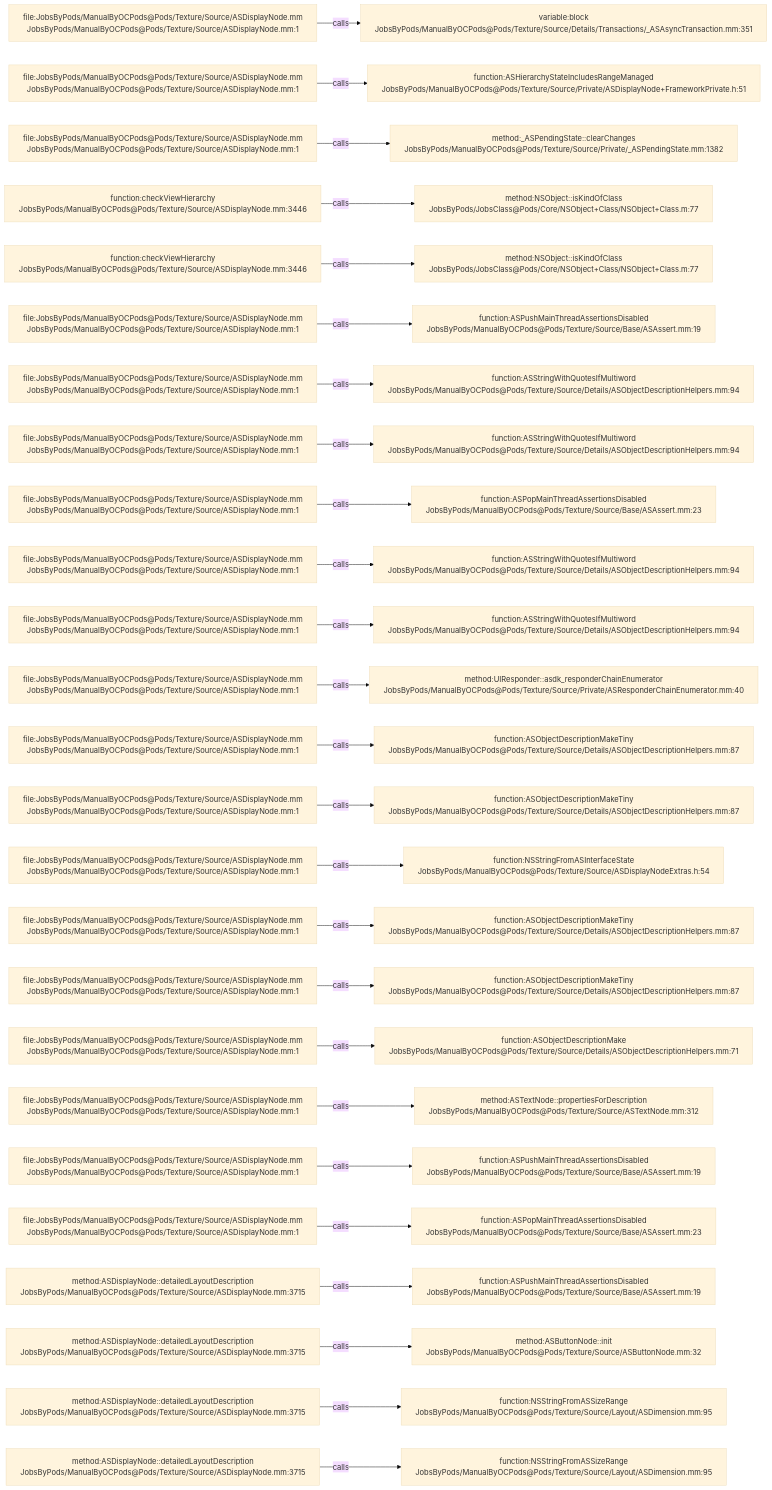
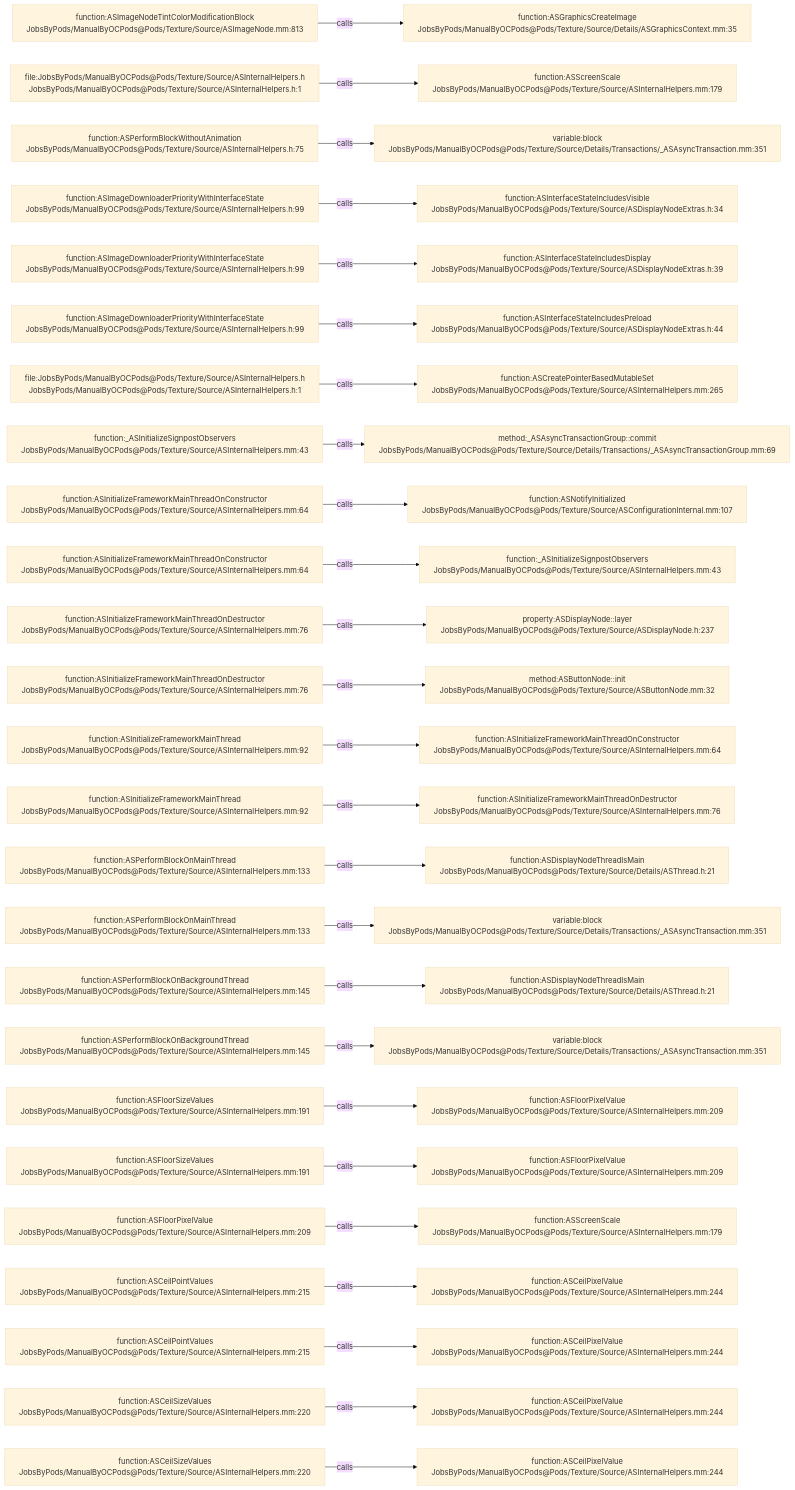
One commit to JobsKits/JobsOCBaseConfigDemo changed the diagram in .codegraph/codegraph.md/graphs/calls-096.md. Above: the diagram before and after it, drawn with Mermaid (base theme). The commit also changed 2723 other files, not shown here.

````diff
--- a/.codegraph/codegraph.md/graphs/calls-096.md
+++ b/.codegraph/codegraph.md/graphs/calls-096.md
@@ -13,78 +13,78 @@
 ```mermaid
 flowchart LR
-  S1["file:JobsByPods/ManualByOCPods@Pods/Texture/Source/ASDisplayNode.mm<br/>JobsByPods/ManualByOCPods@Pods/Texture/Source/ASDisplayNode.mm:1"]
-  T1["variable:block<br/>JobsByPods/ManualByOCPods@Pods/Texture/Source/Details/Transactions/_ASAsyncTransaction.mm:351"]
+  S1["function:ASImageNodeTintColorModificationBlock<br/>JobsByPods/ManualByOCPods@Pods/Texture/Source/ASImageNode.mm:813"]
+  T1["function:ASGraphicsCreateImage<br/>JobsByPods/ManualByOCPods@Pods/Texture/Source/Details/ASGraphicsContext.mm:35"]
   S1 -->|calls| T1
-  S2["file:JobsByPods/ManualByOCPods@Pods/Texture/Source/ASDisplayNode.mm<br/>JobsByPods/ManualByOCPods@Pods/Texture/Source/ASDisplayNode.mm:1"]
-  T2["function:ASHierarchyStateIncludesRangeManaged<br/>JobsByPods/ManualByOCPods@Pods/Texture/Source/Private/ASDisplayNode+FrameworkPrivate.h:51"]
+  S2["file:JobsByPods/ManualByOCPods@Pods/Texture/Source/ASInternalHelpers.h<br/>JobsByPods/ManualByOCPods@Pods/Texture/Source/ASInternalHelpers.h:1"]
+  T2["function:ASScreenScale<br/>JobsByPods/ManualByOCPods@Pods/Texture/Source/ASInternalHelpers.mm:179"]
   S2 -->|calls| T2
-  S3["file:JobsByPods/ManualByOCPods@Pods/Texture/Source/ASDisplayNode.mm<br/>JobsByPods/ManualByOCPods@Pods/Texture/Source/ASDisplayNode.mm:1"]
-  T3["method:_ASPendingState::clearChanges<br/>JobsByPods/ManualByOCPods@Pods/Texture/Source/Private/_ASPendingState.mm:1382"]
+  S3["function:ASPerformBlockWithoutAnimation<br/>JobsByPods/ManualByOCPods@Pods/Texture/Source/ASInternalHelpers.h:75"]
+  T3["variable:block<br/>JobsByPods/ManualByOCPods@Pods/Texture/Source/Details/Transactions/_ASAsyncTransaction.mm:351"]
   S3 -->|calls| T3
-  S4["function:checkViewHierarchy<br/>JobsByPods/ManualByOCPods@Pods/Texture/Source/ASDisplayNode.mm:3446"]
-  T4["method:NSObject::isKindOfClass<br/>JobsByPods/JobsClass@Pods/Core/NSObject+Class/NSObject+Class.m:77"]
+  S4["function:ASImageDownloaderPriorityWithInterfaceState<br/>JobsByPods/ManualByOCPods@Pods/Texture/Source/ASInternalHelpers.h:99"]
+  T4["function:ASInterfaceStateIncludesVisible<br/>JobsByPods/ManualByOCPods@Pods/Texture/Source/ASDisplayNodeExtras.h:34"]
   S4 -->|calls| T4
-  S5["function:checkViewHierarchy<br/>JobsByPods/ManualByOCPods@Pods/Texture/Source/ASDisplayNode.mm:3446"]
-  T5["method:NSObject::isKindOfClass<br/>JobsByPods/JobsClass@Pods/Core/NSObject+Class/NSObject+Class.m:77"]
+  S5["function:ASImageDownloaderPriorityWithInterfaceState<br/>JobsByPods/ManualByOCPods@Pods/Texture/Source/ASInternalHelpers.h:99"]
+  T5["function:ASInterfaceStateIncludesDisplay<br/>JobsByPods/ManualByOCPods@Pods/Texture/Source/ASDisplayNodeExtras.h:39"]
   S5 -->|calls| T5
-  S6["file:JobsByPods/ManualByOCPods@Pods/Texture/Source/ASDisplayNode.mm<br/>JobsByPods/ManualByOCPods@Pods/Texture/Source/ASDisplayNode.mm:1"]
-  T6["function:ASPushMainThreadAssertionsDisabled<br/>JobsByPods/ManualByOCPods@Pods/Texture/Source/Base/ASAssert.mm:19"]
+  S6["function:ASImageDownloaderPriorityWithInterfaceState<br/>JobsByPods/ManualByOCPods@Pods/Texture/Source/ASInternalHelpers.h:99"]
+  T6["function:ASInterfaceStateIncludesPreload<br/>JobsByPods/ManualByOCPods@Pods/Texture/Source/ASDisplayNodeExtras.h:44"]
   S6 -->|calls| T6
-  S7["file:JobsByPods/ManualByOCPods@Pods/Texture/Source/ASDisplayNode.mm<br/>JobsByPods/ManualByOCPods@Pods/Texture/Source/ASDisplayNode.mm:1"]
-  T7["function:ASStringWithQuotesIfMultiword<br/>JobsByPods/ManualByOCPods@Pods/Texture/Source/Details/ASObjectDescriptionHelpers.mm:94"]
+  S7["file:JobsByPods/ManualByOCPods@Pods/Texture/Source/ASInternalHelpers.h<br/>JobsByPods/ManualByOCPods@Pods/Texture/Source/ASInternalHelpers.h:1"]
+  T7["function:ASCreatePointerBasedMutableSet<br/>JobsByPods/ManualByOCPods@Pods/Texture/Source/ASInternalHelpers.mm:265"]
   S7 -->|calls| T7
-  S8["file:JobsByPods/ManualByOCPods@Pods/Texture/Source/ASDisplayNode.mm<br/>JobsByPods/ManualByOCPods@Pods/Texture/Source/ASDisplayNode.mm:1"]
-  T8["function:ASStringWithQuotesIfMultiword<br/>JobsByPods/ManualByOCPods@Pods/Texture/Source/Details/ASObjectDescriptionHelpers.mm:94"]
+  S8["function:_ASInitializeSignpostObservers<br/>JobsByPods/ManualByOCPods@Pods/Texture/Source/ASInternalHelpers.mm:43"]
+  T8["method:_ASAsyncTransactionGroup::commit<br/>JobsByPods/ManualByOCPods@Pods/Texture/Source/Details/Transactions/_ASAsyncTransactionGroup.mm:69"]
   S8 -->|calls| T8
-  S9["file:JobsByPods/ManualByOCPods@Pods/Texture/Source/ASDisplayNode.mm<br/>JobsByPods/ManualByOCPods@Pods/Texture/Source/ASDisplayNode.mm:1"]
-  T9["function:ASPopMainThreadAssertionsDisabled<br/>JobsByPods/ManualByOCPods@Pods/Texture/Source/Base/ASAssert.mm:23"]
+  S9["function:ASInitializeFrameworkMainThreadOnConstructor<br/>JobsByPods/ManualByOCPods@Pods/Texture/Source/ASInternalHelpers.mm:64"]
+  T9["function:ASNotifyInitialized<br/>JobsByPods/ManualByOCPods@Pods/Texture/Source/ASConfigurationInternal.mm:107"]
   S9 -->|calls| T9
-  S10["file:JobsByPods/ManualByOCPods@Pods/Texture/Source/ASDisplayNode.mm<br/>JobsByPods/ManualByOCPods@Pods/Texture/Source/ASDisplayNode.mm:1"]
-  T10["function:ASStringWithQuotesIfMultiword<br/>JobsByPods/ManualByOCPods@Pods/Texture/Source/Details/ASObjectDescriptionHelpers.mm:94"]
+  S10["function:ASInitializeFrameworkMainThreadOnConstructor<br/>JobsByPods/ManualByOCPods@Pods/Texture/Source/ASInternalHelpers.mm:64"]
+  T10["function:_ASInitializeSignpostObservers<br/>JobsByPods/ManualByOCPods@Pods/Texture/Source/ASInternalHelpers.mm:43"]
   S10 -->|calls| T10
-  S11["file:JobsByPods/ManualByOCPods@Pods/Texture/Source/ASDisplayNode.mm<br/>JobsByPods/ManualByOCPods@Pods/Texture/Source/ASDisplayNode.mm:1"]
-  T11["function:ASStringWithQuotesIfMultiword<br/>JobsByPods/ManualByOCPods@Pods/Texture/Source/Details/ASObjectDescriptionHelpers.mm:94"]
+  S11["function:ASInitializeFrameworkMainThreadOnDestructor<br/>JobsByPods/ManualByOCPods@Pods/Texture/Source/ASInternalHelpers.mm:76"]
+  T11["property:ASDisplayNode::layer<br/>JobsByPods/ManualByOCPods@Pods/Texture/Source/ASDisplayNode.h:237"]
   S11 -->|calls| T11
-  S12["file:JobsByPods/ManualByOCPods@Pods/Texture/Source/ASDisplayNode.mm<br/>JobsByPods/ManualByOCPods@Pods/Texture/Source/ASDisplayNode.mm:1"]
-  T12["method:UIResponder::asdk_responderChainEnumerator<br/>JobsByPods/ManualByOCPods@Pods/Texture/Source/Private/ASResponderChainEnumerator.mm:40"]
+  S12["function:ASInitializeFrameworkMainThreadOnDestructor<br/>JobsByPods/ManualByOCPods@Pods/Texture/Source/ASInternalHelpers.mm:76"]
+  T12["method:ASButtonNode::init<br/>JobsByPods/ManualByOCPods@Pods/Texture/Source/ASButtonNode.mm:32"]
   S12 -->|calls| T12
-  S13["file:JobsByPods/ManualByOCPods@Pods/Texture/Source/ASDisplayNode.mm<br/>JobsByPods/ManualByOCPods@Pods/Texture/Source/ASDisplayNode.mm:1"]
-  T13["function:ASObjectDescriptionMakeTiny<br/>JobsByPods/ManualByOCPods@Pods/Texture/Source/Details/ASObjectDescriptionHelpers.mm:87"]
+  S13["function:ASInitializeFrameworkMainThread<br/>JobsByPods/ManualByOCPods@Pods/Texture/Source/ASInternalHelpers.mm:92"]
+  T13["function:ASInitializeFrameworkMainThreadOnConstructor<br/>JobsByPods/ManualByOCPods@Pods/Texture/Source/ASInternalHelpers.mm:64"]
   S13 -->|calls| T13
-  S14["file:JobsByPods/ManualByOCPods@Pods/Texture/Source/ASDisplayNode.mm<br/>JobsByPods/ManualByOCPods@Pods/Texture/Source/ASDisplayNode.mm:1"]
-  T14["function:ASObjectDescriptionMakeTiny<br/>JobsByPods/ManualByOCPods@Pods/Texture/Source/Details/ASObjectDescriptionHelpers.mm:87"]
+  S14["function:ASInitializeFrameworkMainThread<br/>JobsByPods/ManualByOCPods@Pods/Texture/Source/ASInternalHelpers.mm:92"]
+  T14["function:ASInitializeFrameworkMainThreadOnDestructor<br/>JobsByPods/ManualByOCPods@Pods/Texture/Source/ASInternalHelpers.mm:76"]
   S14 -->|calls| T14
-  S15["file:JobsByPods/ManualByOCPods@Pods/Texture/Source/ASDisplayNode.mm<br/>JobsByPods/ManualByOCPods@Pods/Texture/Source/ASDisplayNode.mm:1"]
-  T15["function:NSStringFromASInterfaceState<br/>JobsByPods/ManualByOCPods@Pods/Texture/Source/ASDisplayNodeExtras.h:54"]
+  S15["function:ASPerformBlockOnMainThread<br/>JobsByPods/ManualByOCPods@Pods/Texture/Source/ASInternalHelpers.mm:133"]
+  T15["function:ASDisplayNodeThreadIsMain<br/>JobsByPods/ManualByOCPods@Pods/Texture/Source/Details/ASThread.h:21"]
   S15 -->|calls| T15
-  S16["file:JobsByPods/ManualByOCPods@Pods/Texture/Source/ASDisplayNode.mm<br/>JobsByPods/ManualByOCPods@Pods/Texture/Source/ASDisplayNode.mm:1"]
-  T16["function:ASObjectDescriptionMakeTiny<br/>JobsByPods/ManualByOCPods@Pods/Texture/Source/Details/ASObjectDescriptionHelpers.mm:87"]
+  S16["function:ASPerformBlockOnMainThread<br/>JobsByPods/ManualByOCPods@Pods/Texture/Source/ASInternalHelpers.mm:133"]
+  T16["variable:block<br/>JobsByPods/ManualByOCPods@Pods/Texture/Source/Details/Transactions/_ASAsyncTransaction.mm:351"]
   S16 -->|calls| T16
-  S17["file:JobsByPods/ManualByOCPods@Pods/Texture/Source/ASDisplayNode.mm<br/>JobsByPods/ManualByOCPods@Pods/Texture/Source/ASDisplayNode.mm:1"]
-  T17["function:ASObjectDescriptionMakeTiny<br/>JobsByPods/ManualByOCPods@Pods/Texture/Source/Details/ASObjectDescriptionHelpers.mm:87"]
+  S17["function:ASPerformBlockOnBackgroundThread<br/>JobsByPods/ManualByOCPods@Pods/Texture/Source/ASInternalHelpers.mm:145"]
+  T17["function:ASDisplayNodeThreadIsMain<br/>JobsByPods/ManualByOCPods@Pods/Texture/Source/Details/ASThread.h:21"]
   S17 -->|calls| T17
-  S18["file:JobsByPods/ManualByOCPods@Pods/Texture/Source/ASDisplayNode.mm<br/>JobsByPods/ManualByOCPods@Pods/Texture/Source/ASDisplayNode.mm:1"]
-  T18["function:ASObjectDescriptionMake<br/>JobsByPods/ManualByOCPods@Pods/Texture/Source/Details/ASObjectDescriptionHelpers.mm:71"]
+  S18["function:ASPerformBlockOnBackgroundThread<br/>JobsByPods/ManualByOCPods@Pods/Texture/Source/ASInternalHelpers.mm:145"]
+  T18["variable:block<br/>JobsByPods/ManualByOCPods@Pods/Texture/Source/Details/Transactions/_ASAsyncTransaction.mm:351"]
   S18 -->|calls| T18
-  S19["file:JobsByPods/ManualByOCPods@Pods/Texture/Source/ASDisplayNode.mm<br/>JobsByPods/ManualByOCPods@Pods/Texture/Source/ASDisplayNode.mm:1"]
-  T19["method:ASTextNode::propertiesForDescription<br/>JobsByPods/ManualByOCPods@Pods/Texture/Source/ASTextNode.mm:312"]
+  S19["function:ASFloorSizeValues<br/>JobsByPods/ManualByOCPods@Pods/Texture/Source/ASInternalHelpers.mm:191"]
+  T19["function:ASFloorPixelValue<br/>JobsByPods/ManualByOCPods@Pods/Texture/Source/ASInternalHelpers.mm:209"]
   S19 -->|calls| T19
-  S20["file:JobsByPods/ManualByOCPods@Pods/Texture/Source/ASDisplayNode.mm<br/>JobsByPods/ManualByOCPods@Pods/Texture/Source/ASDisplayNode.mm:1"]
-  T20["function:ASPushMainThreadAssertionsDisabled<br/>JobsByPods/ManualByOCPods@Pods/Texture/Source/Base/ASAssert.mm:19"]
+  S20["function:ASFloorSizeValues<br/>JobsByPods/ManualByOCPods@Pods/Texture/Source/ASInternalHelpers.mm:191"]
+  T20["function:ASFloorPixelValue<br/>JobsByPods/ManualByOCPods@Pods/Texture/Source/ASInternalHelpers.mm:209"]
   S20 -->|calls| T20
-  S21["file:JobsByPods/ManualByOCPods@Pods/Texture/Source/ASDisplayNode.mm<br/>JobsByPods/ManualByOCPods@Pods/Texture/Source/ASDisplayNode.mm:1"]
-  T21["function:ASPopMainThreadAssertionsDisabled<br/>JobsByPods/ManualByOCPods@Pods/Texture/Source/Base/ASAssert.mm:23"]
+  S21["function:ASFloorPixelValue<br/>JobsByPods/ManualByOCPods@Pods/Texture/Source/ASInternalHelpers.mm:209"]
+  T21["function:ASScreenScale<br/>JobsByPods/ManualByOCPods@Pods/Texture/Source/ASInternalHelpers.mm:179"]
   S21 -->|calls| T21
-  S22["method:ASDisplayNode::detailedLayoutDescription<br/>JobsByPods/ManualByOCPods@Pods/Texture/Source/ASDisplayNode.mm:3715"]
-  T22["function:ASPushMainThreadAssertionsDisabled<br/>JobsByPods/ManualByOCPods@Pods/Texture/Source/Base/ASAssert.mm:19"]
+  S22["function:ASCeilPointValues<br/>JobsByPods/ManualByOCPods@Pods/Texture/Source/ASInternalHelpers.mm:215"]
+  T22["function:ASCeilPixelValue<br/>JobsByPods/ManualByOCPods@Pods/Texture/Source/ASInternalHelpers.mm:244"]
   S22 -->|calls| T22
-  S23["method:ASDisplayNode::detailedLayoutDescription<br/>JobsByPods/ManualByOCPods@Pods/Texture/Source/ASDisplayNode.mm:3715"]
-  T23["method:ASButtonNode::init<br/>JobsByPods/ManualByOCPods@Pods/Texture/Source/ASButtonNode.mm:32"]
+  S23["function:ASCeilPointValues<br/>JobsByPods/ManualByOCPods@Pods/Texture/Source/ASInternalHelpers.mm:215"]
+  T23["function:ASCeilPixelValue<br/>JobsByPods/ManualByOCPods@Pods/Texture/Source/ASInternalHelpers.mm:244"]
   S23 -->|calls| T23
-  S24["method:ASDisplayNode::detailedLayoutDescription<br/>JobsByPods/ManualByOCPods@Pods/Texture/Source/ASDisplayNode.mm:3715"]
-  T24["function:NSStringFromASSizeRange<br/>JobsByPods/ManualByOCPods@Pods/Texture/Source/Layout/ASDimension.mm:95"]
+  S24["function:ASCeilSizeValues<br/>JobsByPods/ManualByOCPods@Pods/Texture/Source/ASInternalHelpers.mm:220"]
+  T24["function:ASCeilPixelValue<br/>JobsByPods/ManualByOCPods@Pods/Texture/Source/ASInternalHelpers.mm:244"]
   S24 -->|calls| T24
-  S25["method:ASDisplayNode::detailedLayoutDescription<br/>JobsByPods/ManualByOCPods@Pods/Texture/Source/ASDisplayNode.mm:3715"]
-  T25["function:NSStringFromASSizeRange<br/>JobsByPods/ManualByOCPods@Pods/Texture/Source/Layout/ASDimension.mm:95"]
+  S25["function:ASCeilSizeValues<br/>JobsByPods/ManualByOCPods@Pods/Texture/Source/ASInternalHelpers.mm:220"]
+  T25["function:ASCeilPixelValue<br/>JobsByPods/ManualByOCPods@Pods/Texture/Source/ASInternalHelpers.mm:244"]
   S25 -->|calls| T25
 ```
````
